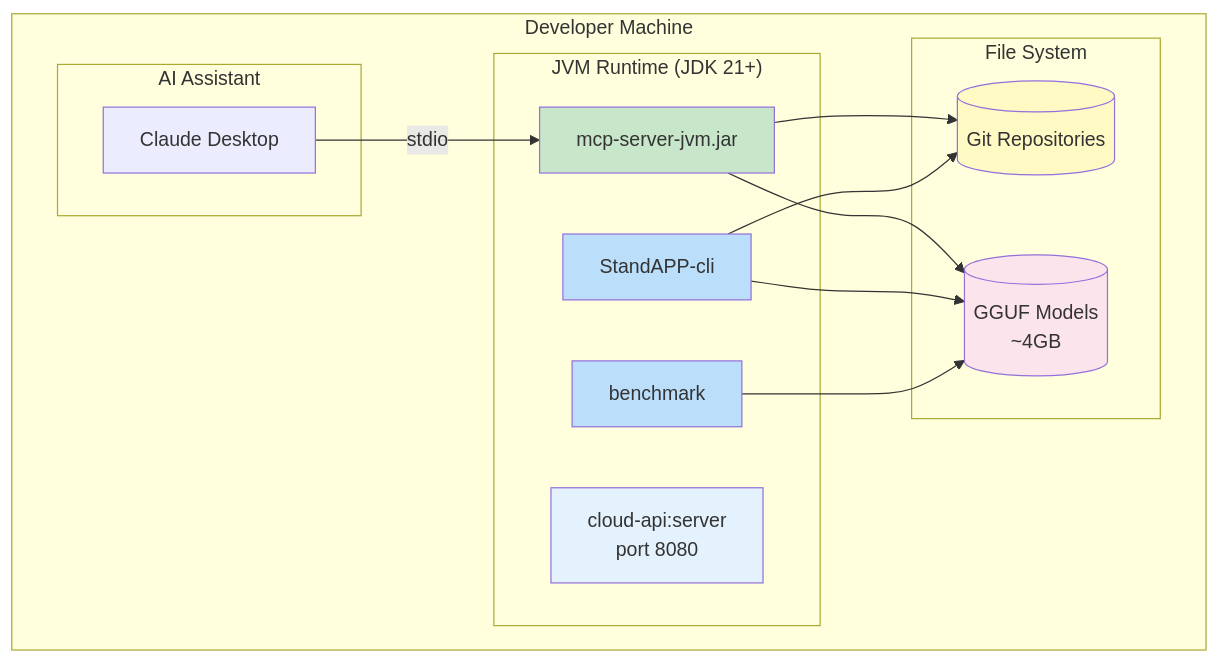
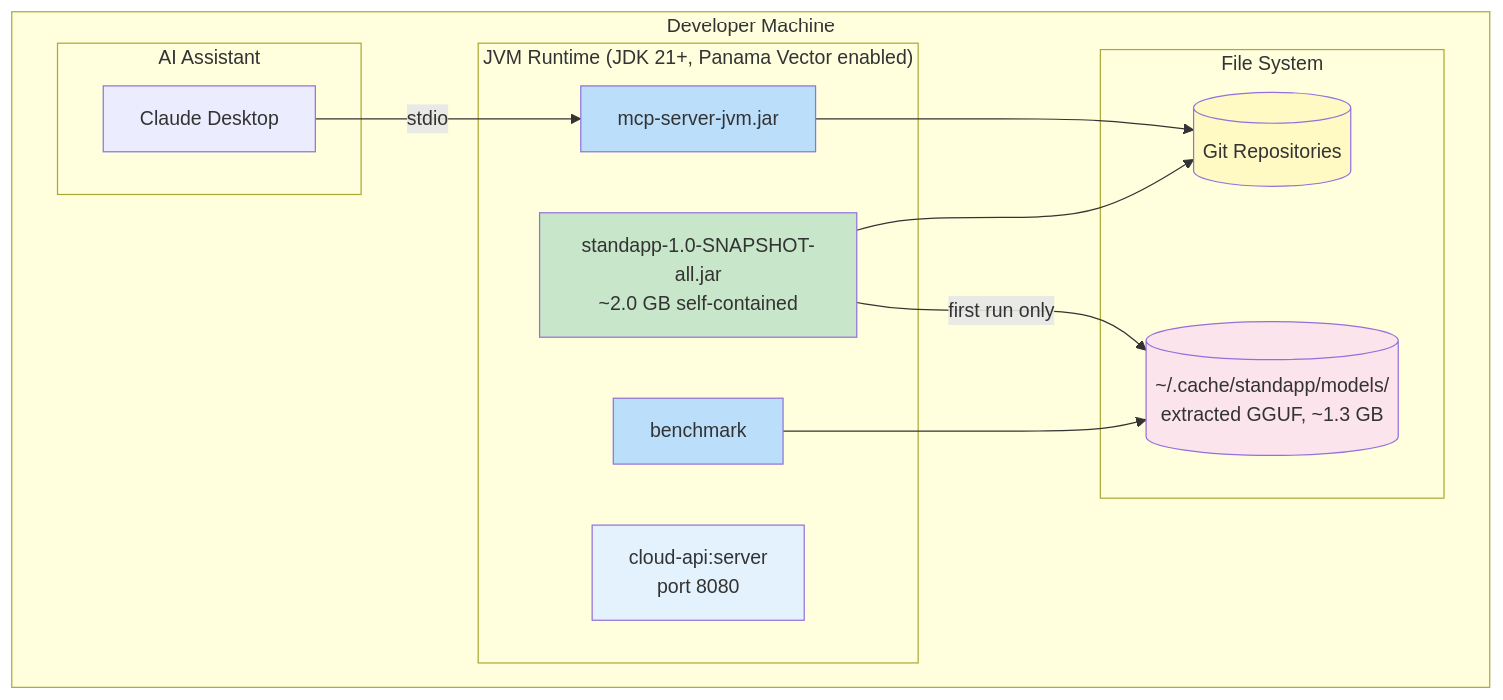
Before and after one commit to michalharakal/Daily-StandAPP: the first of 3 diagrams in docs/modules/architecture/pages/07-deployment-view.adoc, drawn with Mermaid. The commit also changed other lines of this file and 18 other files, not shown here.

```diff
--- a/docs/modules/architecture/pages/07-deployment-view.adoc
+++ b/docs/modules/architecture/pages/07-deployment-view.adoc
@@ -8,35 +10,34 @@
 [mermaid]
 ----
 graph TB
     subgraph "Developer Machine"
-        subgraph "JVM Runtime (JDK 21+)"
+        subgraph "JVM Runtime (JDK 21+, Panama Vector enabled)"
+            CLI_JAR[standapp-1.0-SNAPSHOT-all.jar<br/>~2.0 GB self-contained]
             MCP[mcp-server-jvm.jar]
-            CLI[StandAPP-cli]
             BENCH[benchmark]
             CLOUDAPI[cloud-api:server<br/>port 8080]
         end
 
         subgraph "File System"
             REPOS[(Git Repositories)]
-            MODELS[(GGUF Models<br/>~4GB)]
+            CACHE[(~/.cache/standapp/models/<br/>extracted GGUF, ~1.3 GB)]
         end
 
         subgraph "AI Assistant"
             CLAUDE[Claude Desktop]
         end
     end
 
     CLAUDE -->|"stdio"| MCP
     MCP --> REPOS
-    MCP --> MODELS
-    CLI --> REPOS
-    CLI --> MODELS
-    BENCH --> MODELS
+    CLI_JAR --> REPOS
+    CLI_JAR -->|"first run only"| CACHE
+    BENCH --> CACHE
 
-    style MCP fill:#c8e6c9
-    style CLI fill:#bbdefb
+    style CLI_JAR fill:#c8e6c9
+    style MCP fill:#bbdefb
     style BENCH fill:#bbdefb
     style CLOUDAPI fill:#e3f2fd
     style REPOS fill:#fff9c4
-    style MODELS fill:#fce4ec
+    style CACHE fill:#fce4ec
 ----
```
